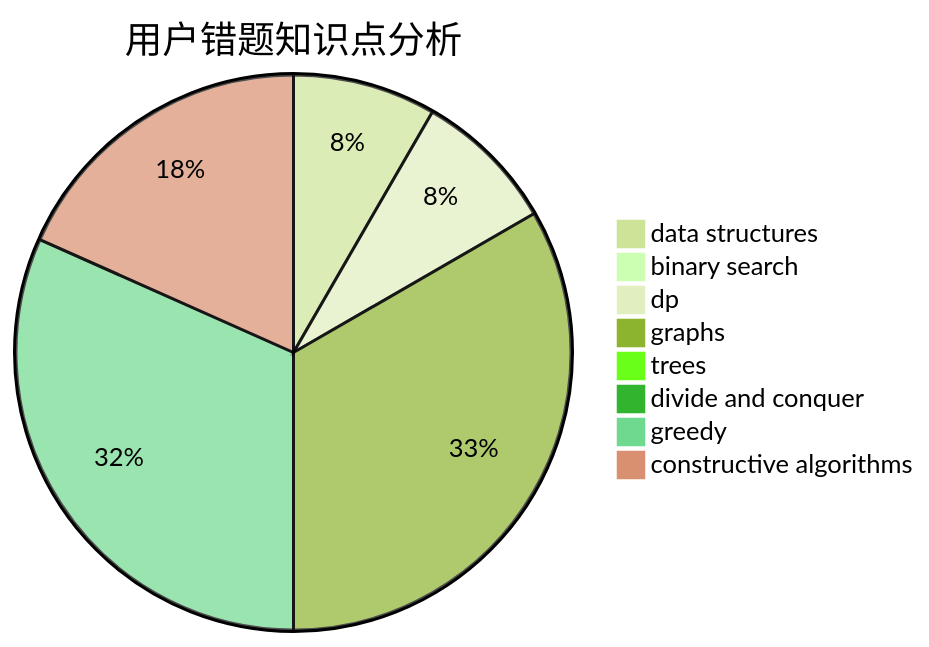
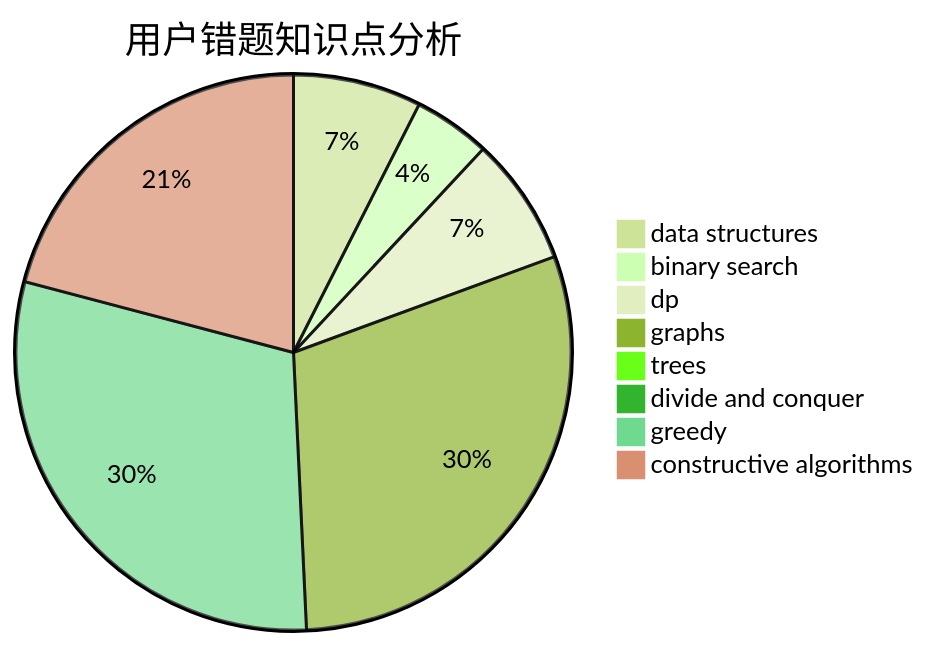
Before and after one commit to sherpahu/cfrs.github.io: the third of 3 diagrams in docs/user/u1641.md, drawn with Mermaid (forest theme). The commit also changed other lines of this file and 2770 other files, not shown here.

````diff
--- a/docs/user/u1641.md
+++ b/docs/user/u1641.md
@@ -36,11 +36,11 @@
 ```mermaid
 pie title 用户错题知识点分析
     "data structures" :  5
-    "binary search" :  0
+    "binary search" :  3
     "dp" :  5
     "graphs" :  20
     "trees" :  0
     "divide and conquer" :  0
-    "greedy" :  19
-    "constructive algorithms" :  11
+    "greedy" :  20
+    "constructive algorithms" :  14
 ```
````
